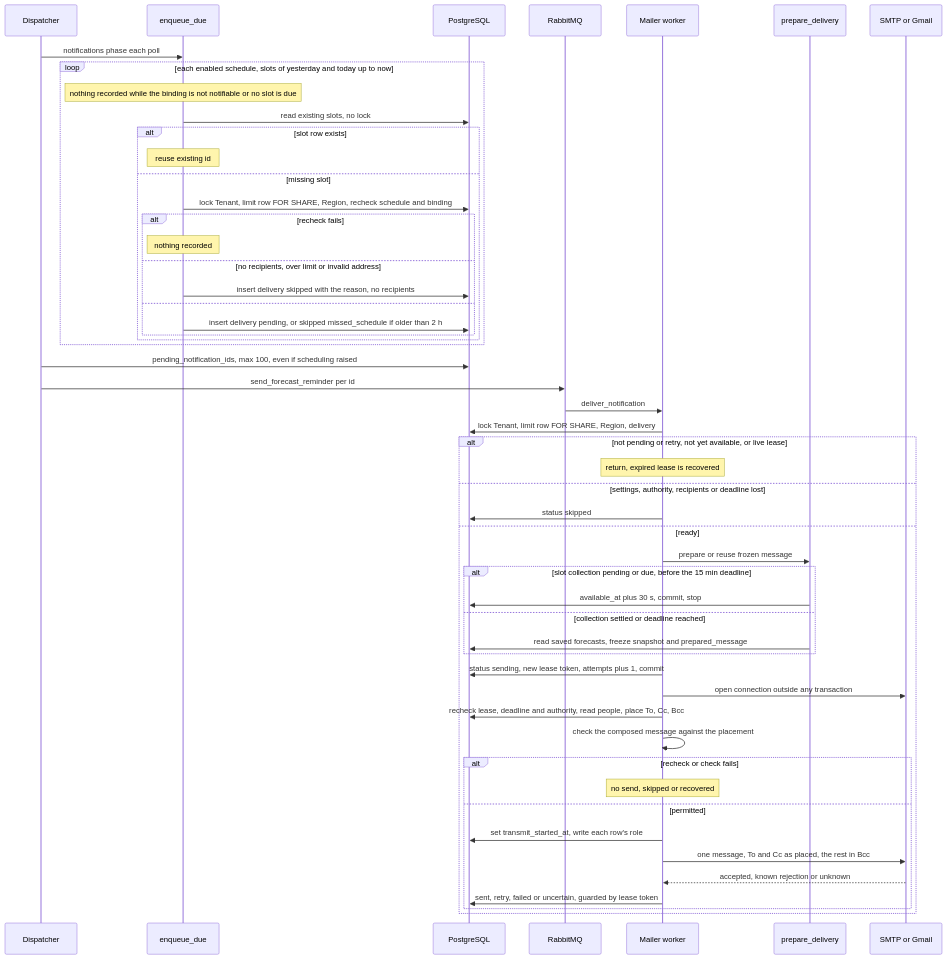
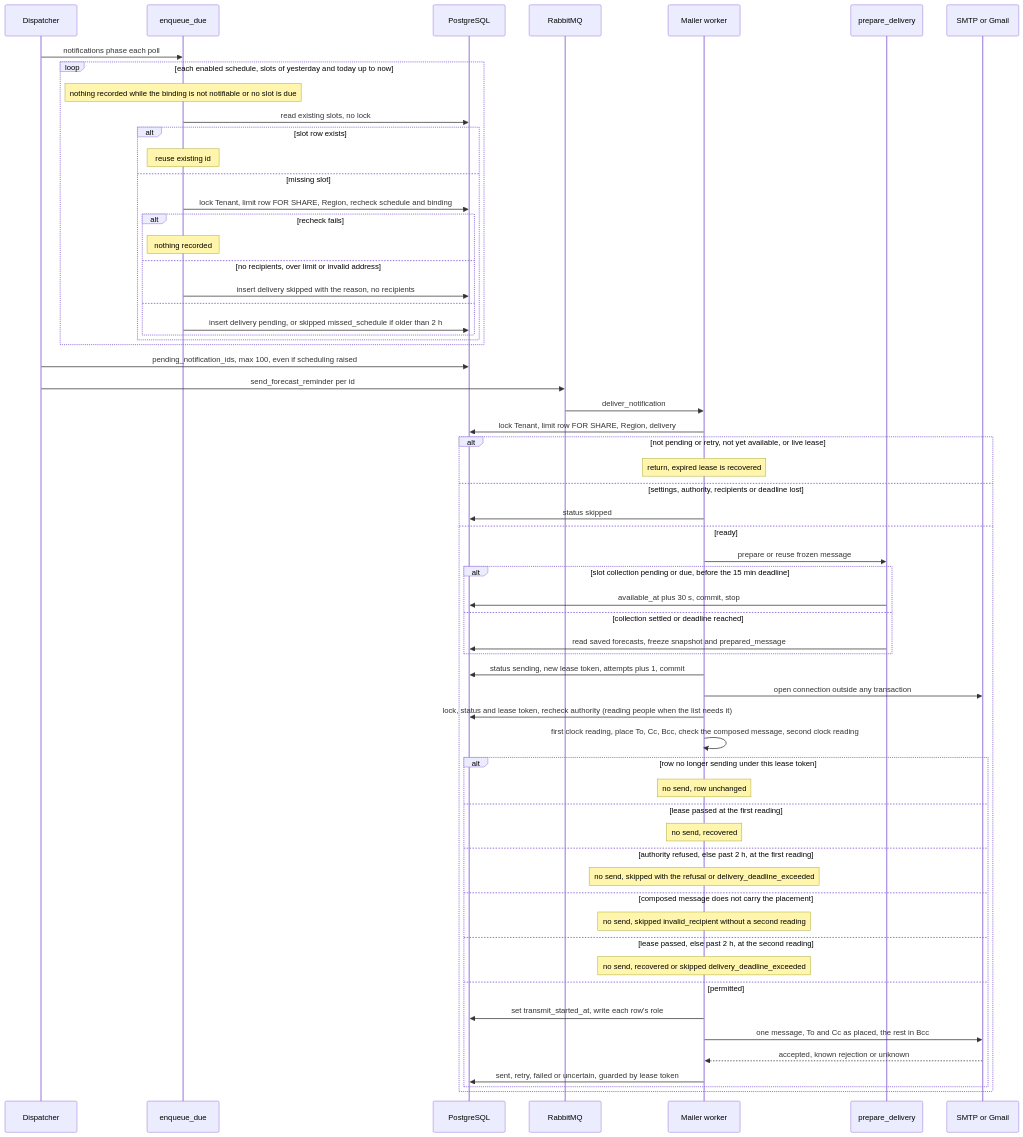
Before and after one commit to erkurtharun/pyracast: the diagram in docs/flows/reminder-delivery.md, drawn with Mermaid. The commit also changed other lines of this file and 2 other files, not shown here.

Commit message:
Describe the recipient limit of 1 to 100 and the second clock reading at the transmit marker (#146)
The flow pages now state the recipient limit of 1 to 100 and the 100-entry input cap with the 64-character hexadecimal disclosure.
They describe when the panel reads reminders again after a save and the order of checks at the transmit marker, including its second clock reading.
They also cover the no-op recipient limit write, the on-demand read of people and the default placement of an included member address.

````diff
--- a/docs/flows/reminder-delivery.md
+++ b/docs/flows/reminder-delivery.md
@@ -21,55 +21,63 @@
 ```mermaid
 sequenceDiagram
     participant D as Dispatcher
     participant S as enqueue_due
     participant DB as PostgreSQL
     participant Q as RabbitMQ
     participant W as Mailer worker
     participant P as prepare_delivery
     participant M as SMTP or Gmail
     D->>S: notifications phase each poll
     loop each enabled schedule, slots of yesterday and today up to now
         Note over S: nothing recorded while the binding is not notifiable or no slot is due
         S->>DB: read existing slots, no lock
         alt slot row exists
             Note over S: reuse existing id
         else missing slot
             S->>DB: lock Tenant, limit row FOR SHARE, Region, recheck schedule and binding
             alt recheck fails
                 Note over S: nothing recorded
             else no recipients, over limit or invalid address
                 S->>DB: insert delivery skipped with the reason, no recipients
             else
                 S->>DB: insert delivery pending, or skipped missed_schedule if older than 2 h
             end
         end
     end
     D->>DB: pending_notification_ids, max 100, even if scheduling raised
     D->>Q: send_forecast_reminder per id
     Q->>W: deliver_notification
     W->>DB: lock Tenant, limit row FOR SHARE, Region, delivery
     alt not pending or retry, not yet available, or live lease
         Note over W: return, expired lease is recovered
     else settings, authority, recipients or deadline lost
         W->>DB: status skipped
     else ready
         W->>P: prepare or reuse frozen message
         alt slot collection pending or due, before the 15 min deadline
             P->>DB: available_at plus 30 s, commit, stop
         else collection settled or deadline reached
             P->>DB: read saved forecasts, freeze snapshot and prepared_message
         end
         W->>DB: status sending, new lease token, attempts plus 1, commit
         W->>M: open connection outside any transaction
-        W->>DB: recheck lease, deadline and authority, read people, place To, Cc, Bcc
-        W->>W: check the composed message against the placement
-        alt recheck or check fails
-            Note over W: no send, skipped or recovered
+        W->>DB: lock, status and lease token, recheck authority (reading people when the list needs it)
+        W->>W: first clock reading, place To, Cc, Bcc, check the composed message, second clock reading
+        alt row no longer sending under this lease token
+            Note over W: no send, row unchanged
+        else lease passed at the first reading
+            Note over W: no send, recovered
+        else authority refused, else past 2 h, at the first reading
+            Note over W: no send, skipped with the refusal or delivery_deadline_exceeded
+        else composed message does not carry the placement
+            Note over W: no send, skipped invalid_recipient without a second reading
+        else lease passed, else past 2 h, at the second reading
+            Note over W: no send, recovered or skipped delivery_deadline_exceeded
         else permitted
             W->>DB: set transmit_started_at, write each row's role
             W->>M: one message, To and Cc as placed, the rest in Bcc
             M-->>W: accepted, known rejection or unknown
             W->>DB: sent, retry, failed or uncertain, guarded by lease token
         end
     end
 ```
````
